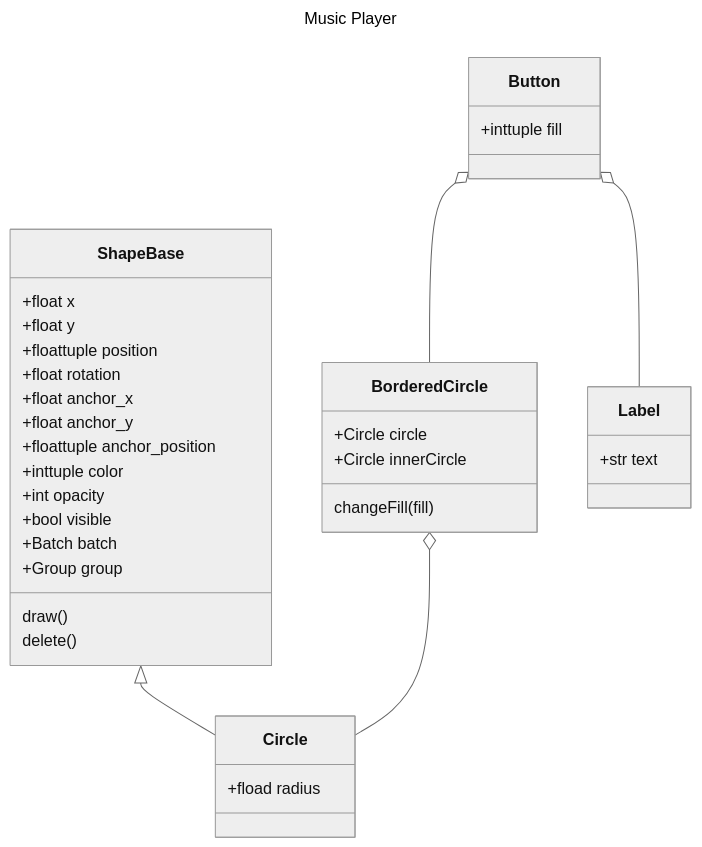
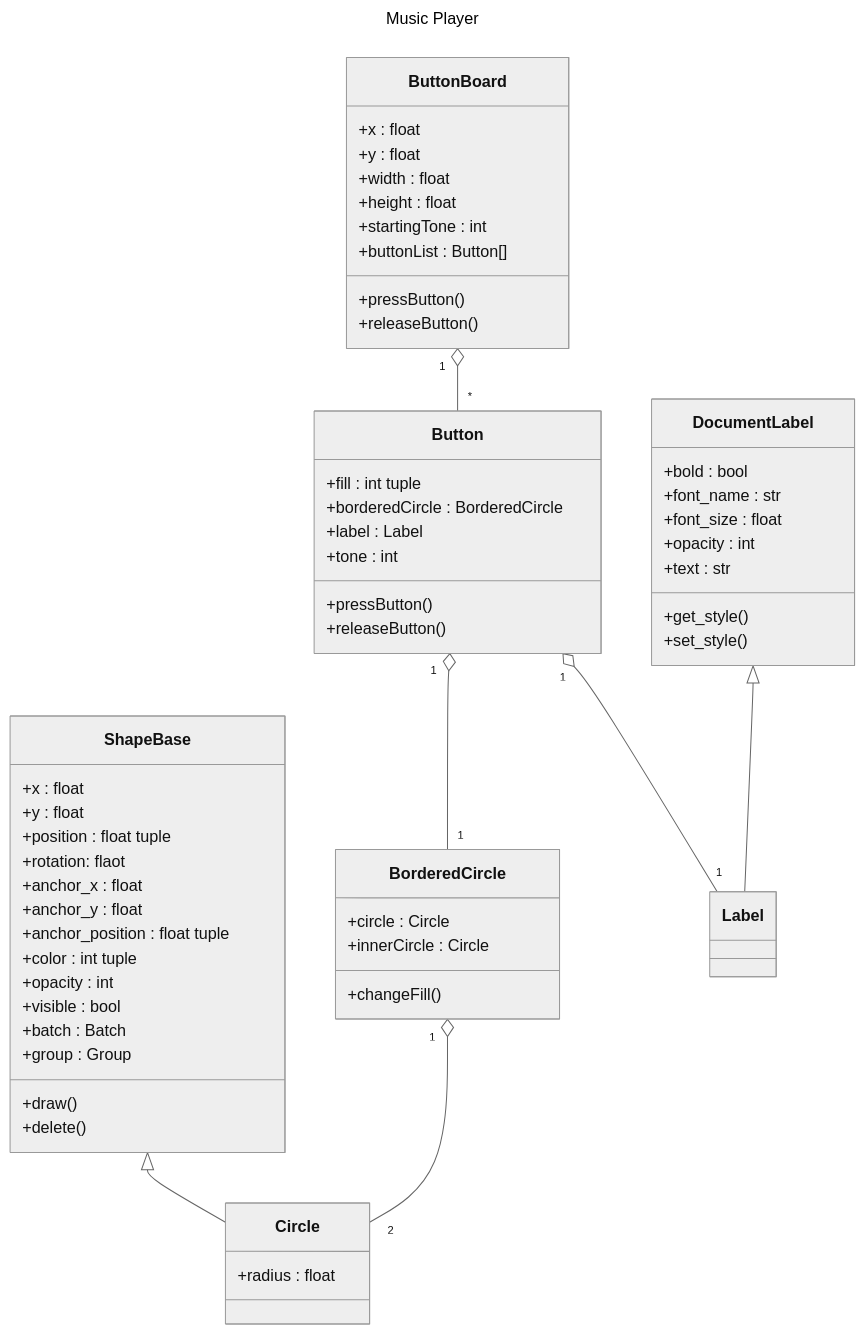
One commit to Famondir/Music-Suite changed the diagram in README.md. Above: the diagram before and after it, drawn with Mermaid (neutral theme).

Commit message:
Adjusted class diagram

````diff
--- a/README.md
+++ b/README.md
@@ -13,35 +13,73 @@
 ```mermaid
 ---
 title: Music Player
 ---
 classDiagram
     ShapeBase <|-- Circle
-    BorderedCircle o-- Circle
-    Button o-- BorderedCircle
-    Button o-- Label
+    BorderedCircle "1" o-- "2" Circle
+    Button "1" o-- "1" BorderedCircle
+    Button "1" o-- "1" Label
+    DocumentLabel <|-- Label
+    ButtonBoard "1" o-- "*" Button
 
-    ShapeBase : +float x
-    ShapeBase : +float y
-    ShapeBase : +floattuple position
-    ShapeBase : +float rotation
-    ShapeBase : +float anchor_x
-    ShapeBase : +float anchor_y
-    ShapeBase : +floattuple anchor_position
-    ShapeBase : +inttuple color
-    ShapeBase : +int opacity
-    ShapeBase : +bool visible
-    ShapeBase : +Batch batch
-    ShapeBase : +Group group
-    ShapeBase : draw()
-    ShapeBase : delete()
+    class ShapeBase {
+        +x : float
+        +y : float
+        +position : float tuple
+        +rotation: flaot
+        +anchor_x : float
+        +anchor_y : float
+        +anchor_position : float tuple
+        +color : int tuple
+        +opacity : int
+        +visible : bool
+        +batch : Batch
+        +group : Group
+        +draw()
+        +delete()
+    }
 
-    Circle : +fload radius
+    class Circle {
+        +radius : float
+    }
 
-    BorderedCircle : +Circle circle
-    BorderedCircle : +Circle innerCircle
-    BorderedCircle : changeFill(fill)
-  
-    Button : +inttuple fill
+    class BorderedCircle {
+        +circle : Circle
+        +innerCircle : Circle
+        +changeFill()
+    }
+    
+    class Button {
+        +fill : int tuple
+        +borderedCircle : BorderedCircle
+        +label : Label
+        +tone : int
+        +pressButton()
+        +releaseButton()
+    }
 
-    Label : +str text
+    class Label {
+
+    }
+
+    class DocumentLabel {
+        +bold : bool
+        +font_name : str
+        +font_size : float
+        +opacity : int
+        +text : str
+        +get_style()
+        +set_style()
+    }
+
+    class ButtonBoard {
+        +x : float
+        +y : float
+        +width : float
+        +height : float
+        +startingTone : int
+        +buttonList : Button[]
+        +pressButton()
+        +releaseButton()
+    }
 ```
````
